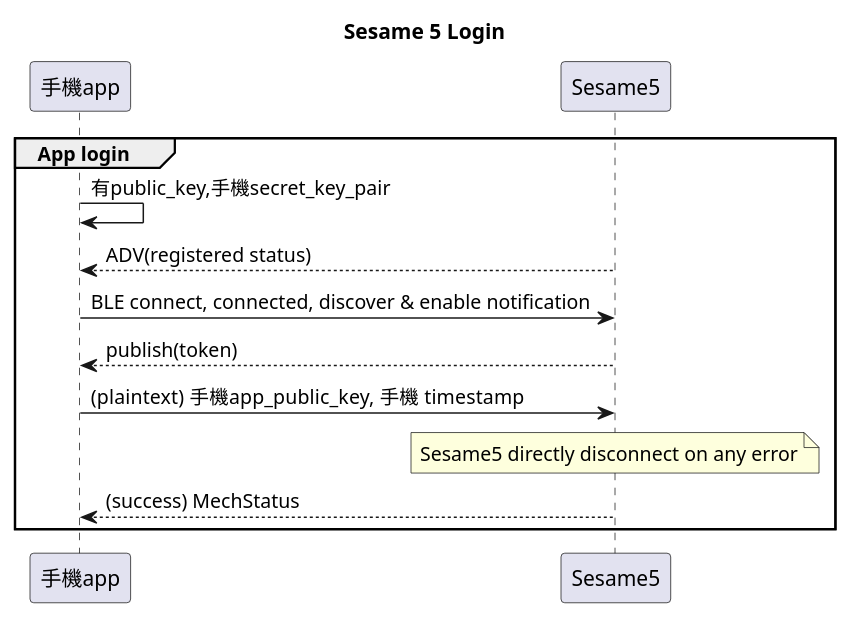
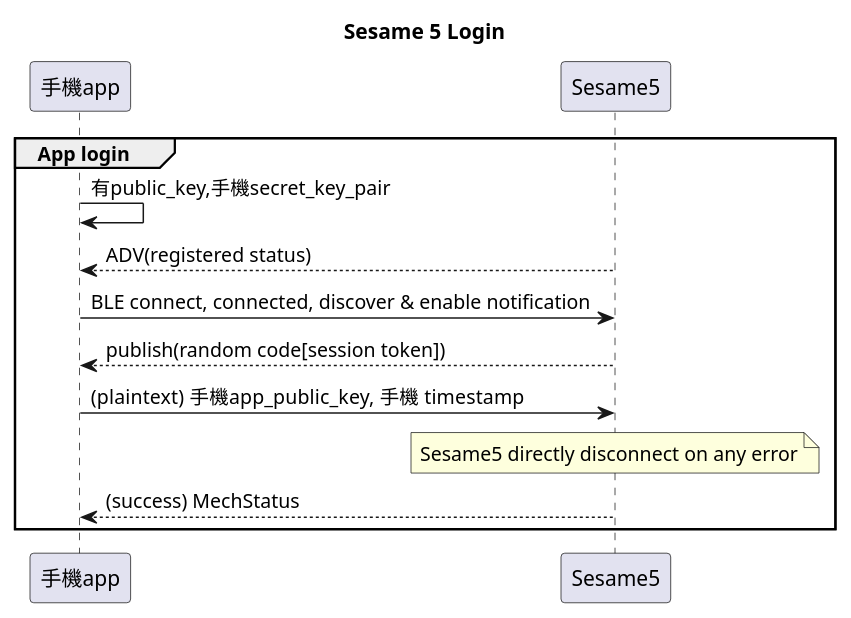
The diagram in profile/uml/uml_input/p09_login.plantuml (CANDY-HOUSE/.github), drawn with PlantUML before and after one commit.

```diff
--- a/profile/uml/uml_input/p09_login.plantuml
+++ b/profile/uml/uml_input/p09_login.plantuml
@@ -1,20 +1,20 @@
 @startuml
 
 title Sesame 5 Login
 
 participant 手機app
 participant Sesame5
 
 group App login
 
 手機app -> 手機app: 有public_key,手機secret_key_pair
 Sesame5 --> 手機app: ADV(registered status)
 手機app -> Sesame5: BLE connect, connected, discover & enable notification
-Sesame5 --> 手機app: publish(token)
+Sesame5 --> 手機app: publish(random code[session token])
 手機app -> Sesame5: (plaintext)  手機app_public_key, 手機 timestamp
 
 note over Sesame5: Sesame5 directly disconnect on any error
 Sesame5 --> 手機app: (success) MechStatus
 end
 
 @enduml
```
